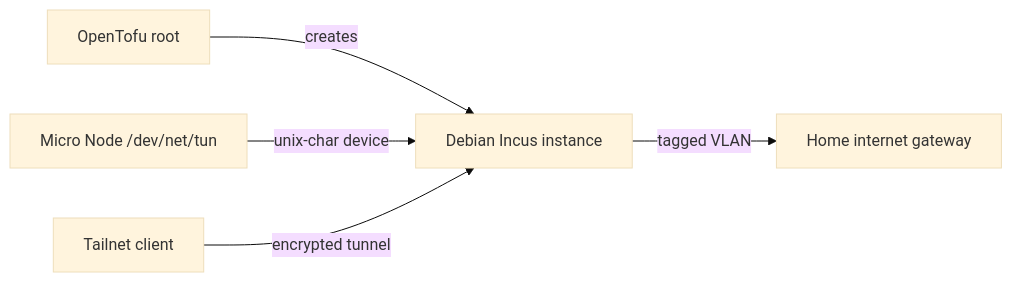
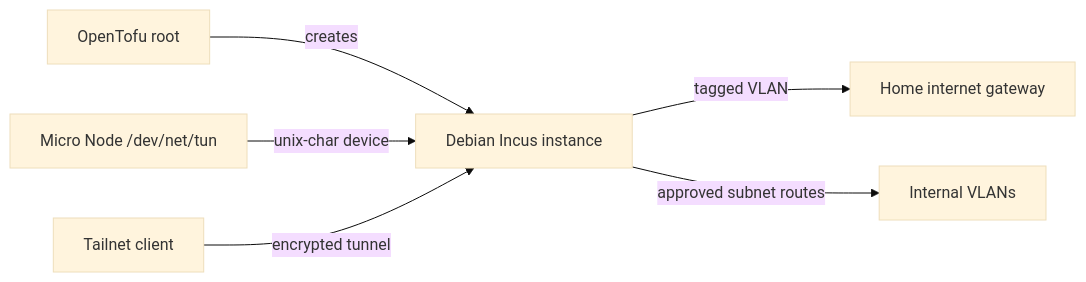
Before and after one commit to lexedwards/homelab: the diagram in services/tailscale-exit-node/README.md, drawn with Mermaid (base theme). The commit also changed other lines of this file, not shown here.

Commit message:
docs(tailscale-exit-node): document subnet routing

````diff
--- a/services/tailscale-exit-node/README.md
+++ b/services/tailscale-exit-node/README.md
@@ -77,7 +85,8 @@
 ```mermaid
 flowchart LR
     T[OpenTofu root] -->|creates| I[Debian Incus instance]
     H[Micro Node /dev/net/tun] -->|unix-char device| I
     C[Tailnet client] -->|encrypted tunnel| I
     I -->|tagged VLAN| N[Home internet gateway]
+    I -->|approved subnet routes| S[Internal VLANs]
 ```
````
